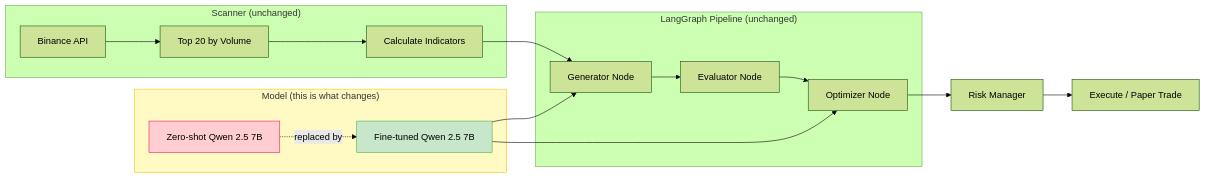
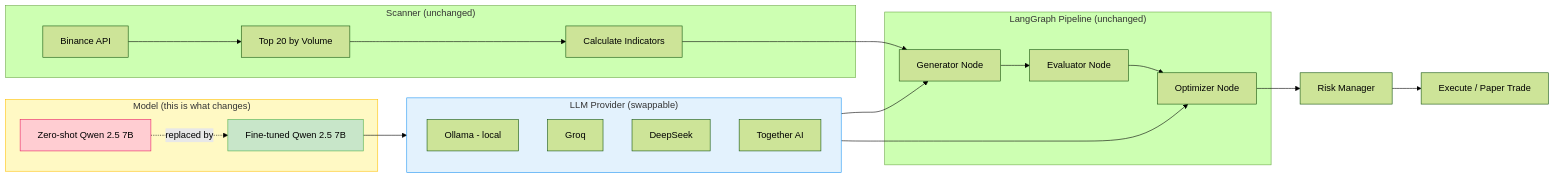
One commit to alejandrogonzalz/trading_management changed the second of 2 diagrams in docs/fine-tuning-explainer.md. Above: the diagram before and after it, drawn with Mermaid (forest theme). The commit also changed other lines of this file, not shown here.

Commit message:
docs: clarify multi-provider support and SQLite scope

````diff
--- a/docs/fine-tuning-explainer.md
+++ b/docs/fine-tuning-explainer.md
@@ -118,28 +119,37 @@
 ```mermaid
 flowchart LR
     subgraph Scanner["Scanner (unchanged)"]
         S1[Binance API] --> S2[Top 20 by Volume]
         S2 --> S3[Calculate Indicators]
     end
 
     subgraph LangGraph["LangGraph Pipeline (unchanged)"]
         G[Generator Node] --> E[Evaluator Node]
         E --> O[Optimizer Node]
     end
 
     subgraph Model["Model (this is what changes)"]
         M1[Zero-shot Qwen 2.5 7B]
         M2[Fine-tuned Qwen 2.5 7B]
         M1 -.->|replaced by| M2
     end
 
+    subgraph Provider["LLM Provider (swappable)"]
+        P1[Ollama - local]
+        P2[Groq]
+        P3[DeepSeek]
+        P4[Together AI]
+    end
+
     S3 --> G
-    M2 --> G
-    M2 --> O
+    M2 --> Provider
+    Provider --> G
+    Provider --> O
     O --> R[Risk Manager]
     R --> X[Execute / Paper Trade]
 
     style M1 fill:#ffcdd2,stroke:#E91E63
     style M2 fill:#c8e6c9,stroke:#4CAF50
     style Model fill:#fff9c4,stroke:#FFC107
+    style Provider fill:#e3f2fd,stroke:#2196F3
 ```
````
